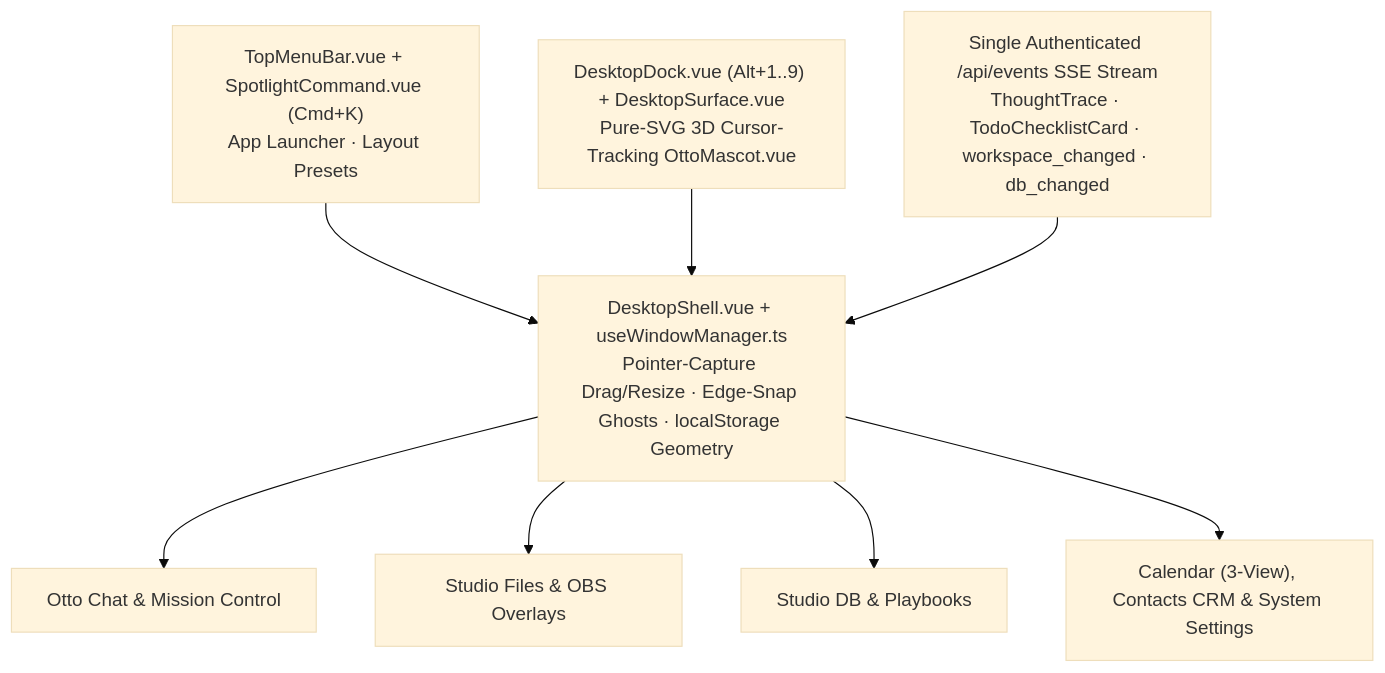
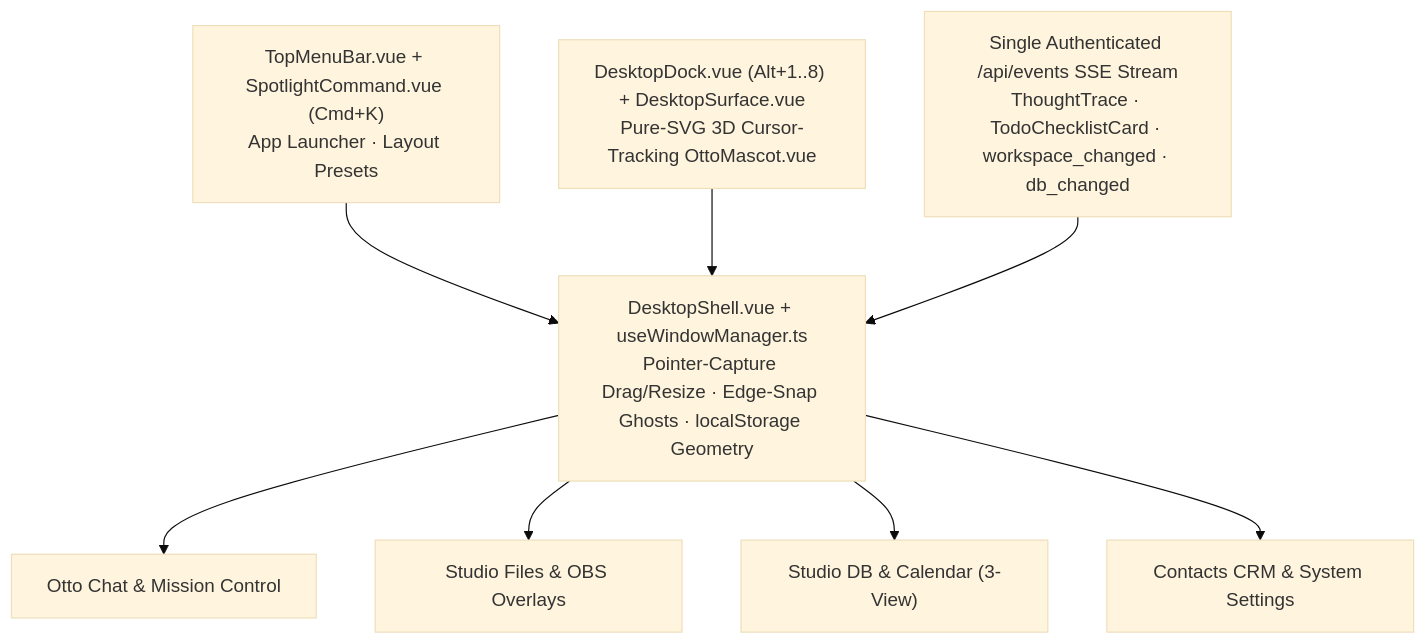
Before and after one commit to roffidaijoubu/otto: the second of 5 diagrams in docs/architecture.md, drawn with Mermaid (base theme). The commit also changed other lines of this file and 30 other files, not shown here.

````diff
--- a/docs/architecture.md
+++ b/docs/architecture.md
@@ -38,16 +38,16 @@
 ```mermaid
 flowchart TB
     Shell["DesktopShell.vue + useWindowManager.ts<br/>Pointer-Capture Drag/Resize · Edge-Snap Ghosts · localStorage Geometry"]
     Top["TopMenuBar.vue + SpotlightCommand.vue (Cmd+K)<br/>App Launcher · Layout Presets"]
-    Dock["DesktopDock.vue (Alt+1..9) + DesktopSurface.vue<br/>Pure-SVG 3D Cursor-Tracking OttoMascot.vue"]
+    Dock["DesktopDock.vue (Alt+1..8) + DesktopSurface.vue<br/>Pure-SVG 3D Cursor-Tracking OttoMascot.vue"]
     SSE["Single Authenticated /api/events SSE Stream<br/>ThoughtTrace · TodoChecklistCard · workspace_changed · db_changed"]
 
     Top --> Shell
     Dock --> Shell
     SSE --> Shell
 
     Shell --> A1["Otto Chat &amp; Mission Control"]
     Shell --> A2["Studio Files &amp; OBS Overlays"]
-    Shell --> A3["Studio DB &amp; Playbooks"]
-    Shell --> A4["Calendar (3-View), Contacts CRM &amp; System Settings"]
+    Shell --> A3["Studio DB &amp; Calendar (3-View)"]
+    Shell --> A4["Contacts CRM &amp; System Settings"]
 ```
````
